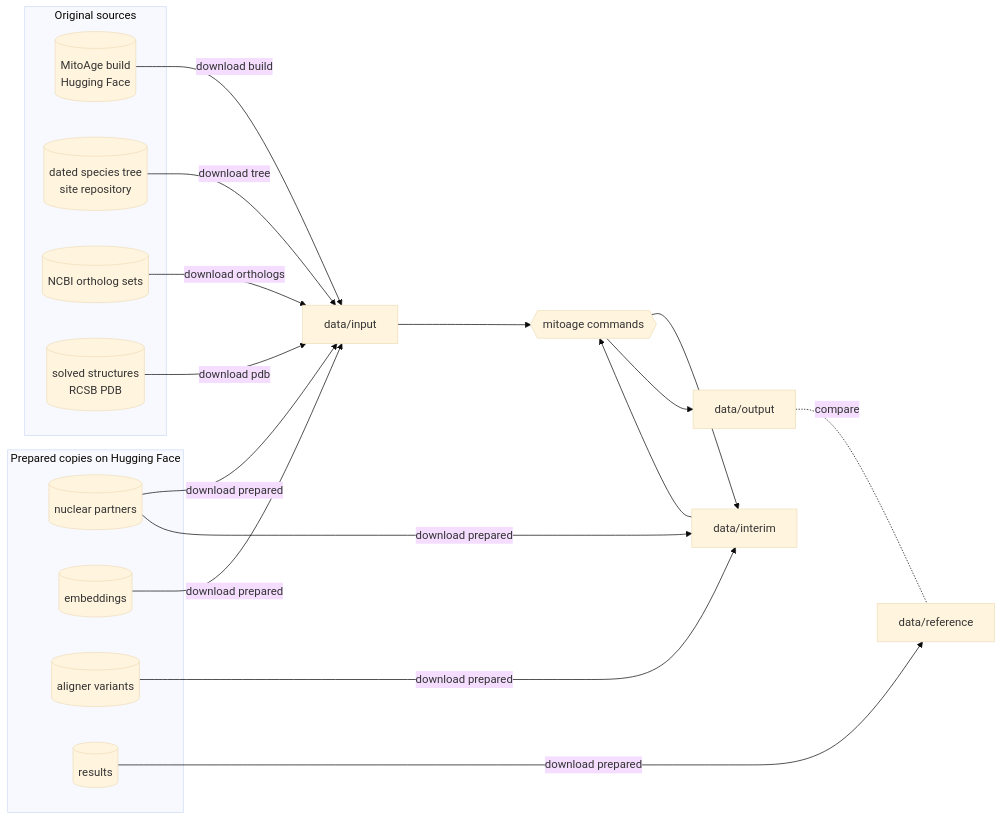
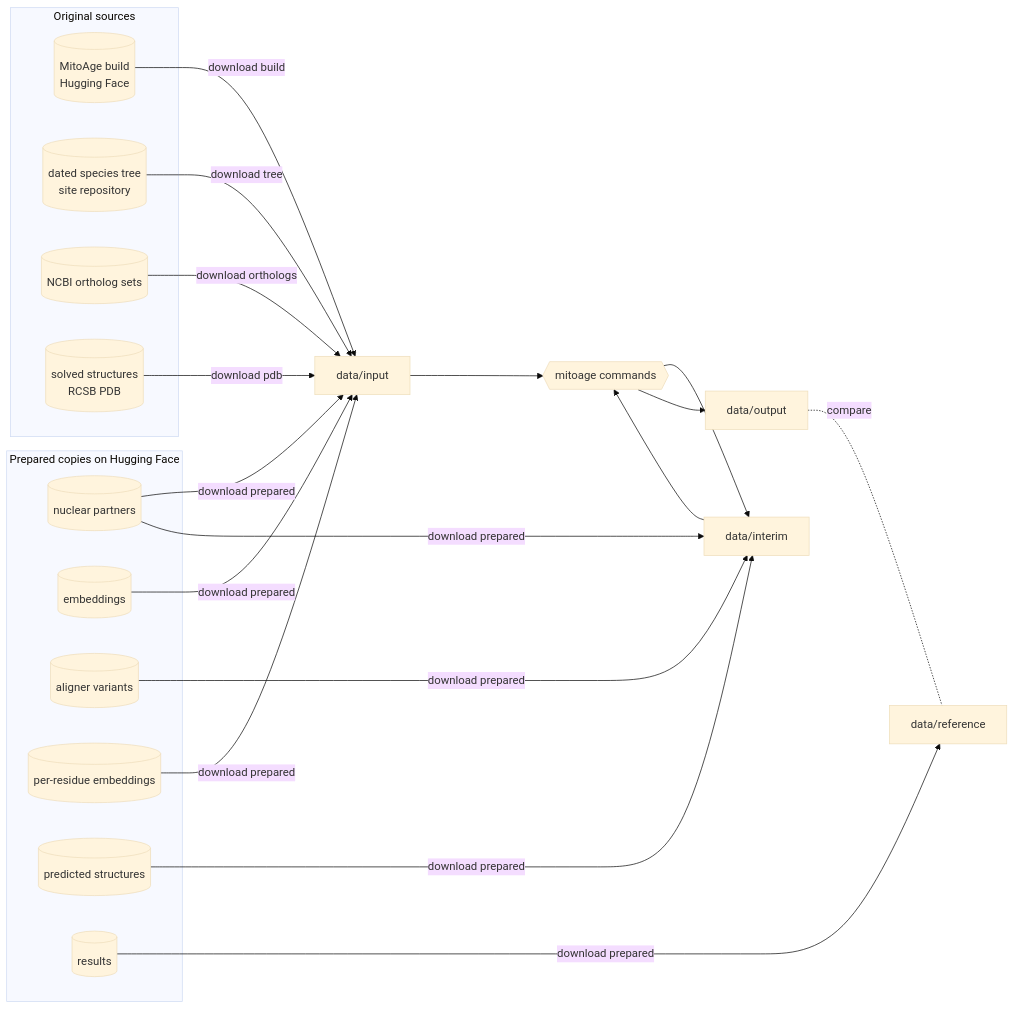
Before and after one commit to dna-seq/mitoage-pipelines: the first of 6 diagrams in docs/PIPELINE.md, drawn with Mermaid (base theme). The commit also changed other lines of this file and 6 other files, not shown here.

First line of the commit message:
The per-residue embeddings and the predicted structures as prepared topics on Hugging Face

````diff
--- a/docs/PIPELINE.md
+++ b/docs/PIPELINE.md
@@ -8,29 +8,33 @@
 ```mermaid
 flowchart LR
   subgraph sources [Original sources]
     HF[(MitoAge build<br/>Hugging Face)]
     SITE[(dated species tree<br/>site repository)]
     NCBI[(NCBI ortholog sets)]
     PDB[(solved structures<br/>RCSB PDB)]
   end
   subgraph prepared [Prepared copies on Hugging Face]
     P1[(nuclear partners)]
     P2[(embeddings)]
     P3[(aligner variants)]
+    P5[(per-residue embeddings)]
+    P6[(predicted structures)]
     P4[(results)]
   end
   HF -- "download build" --> IN[data/input]
   SITE -- "download tree" --> IN
   NCBI -- "download orthologs" --> IN
   PDB -- "download pdb" --> IN
   P1 -- "download prepared" --> IN
   P2 -- "download prepared" --> IN
   P3 -- "download prepared" --> INT[data/interim]
+  P5 -- "download prepared" --> IN
+  P6 -- "download prepared" --> INT
   P1 -- "download prepared" --> INT
   P4 -- "download prepared" --> REF[data/reference]
   IN --> STEPS{{mitoage commands}}
   INT --> STEPS
   STEPS --> INT
   STEPS --> OUT[data/output]
   OUT -. compare .- REF
 ```
````
